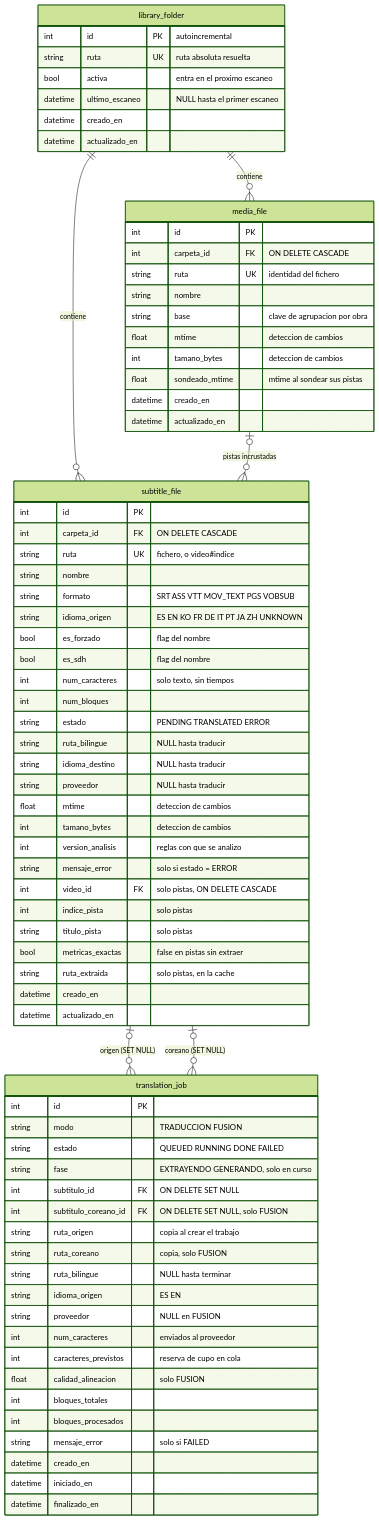
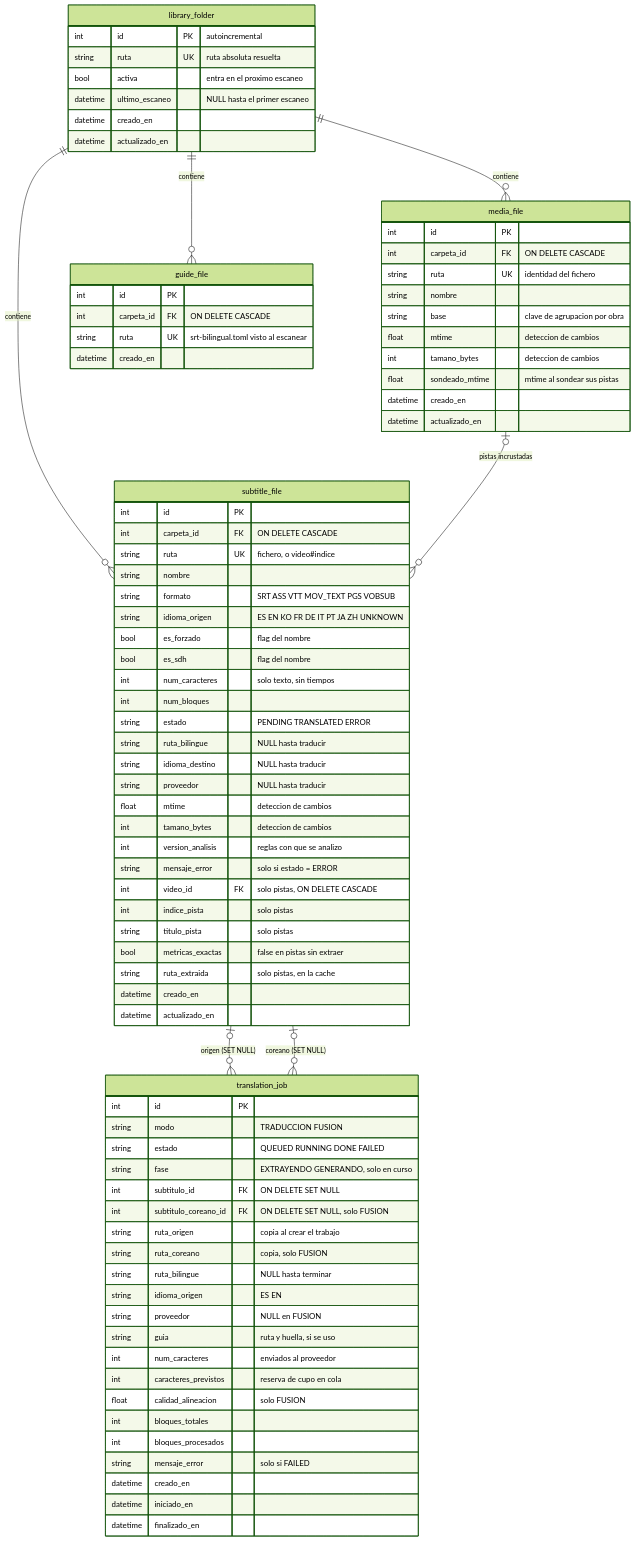
Before and after one commit to C4rl3s/srt-bilingual: the diagram in docs/modelo-datos.md, drawn with Mermaid (forest theme). The commit also changed other lines of this file and 8 other files, not shown here.

```diff
--- a/docs/modelo-datos.md
+++ b/docs/modelo-datos.md
@@ -31,6 +33,7 @@
 erDiagram
     library_folder ||--o{ subtitle_file : "contiene"
     library_folder ||--o{ media_file : "contiene"
+    library_folder ||--o{ guide_file : "contiene"
     media_file |o--o{ subtitle_file : "pistas incrustadas"
     subtitle_file |o--o{ translation_job : "origen (SET NULL)"
     subtitle_file |o--o{ translation_job : "coreano (SET NULL)"
@@ -47,6 +50,7 @@
         string   ruta_bilingue           "NULL hasta terminar"
         string   idioma_origen           "ES EN"
         string   proveedor               "NULL en FUSION"
+        string   guia                    "ruta y huella, si se uso"
         int      num_caracteres          "enviados al proveedor"
         int      caracteres_previstos    "reserva de cupo en cola"
         float    calidad_alineacion      "solo FUSION"
@@ -69,6 +73,13 @@
         float    sondeado_mtime    "mtime al sondear sus pistas"
         datetime creado_en
         datetime actualizado_en
+    }
+
+    guide_file {
+        int      id             PK
+        int      carpeta_id     FK "ON DELETE CASCADE"
+        string   ruta           UK "srt-bilingual.toml visto al escanear"
+        datetime creado_en
     }
 
     library_folder {
```
